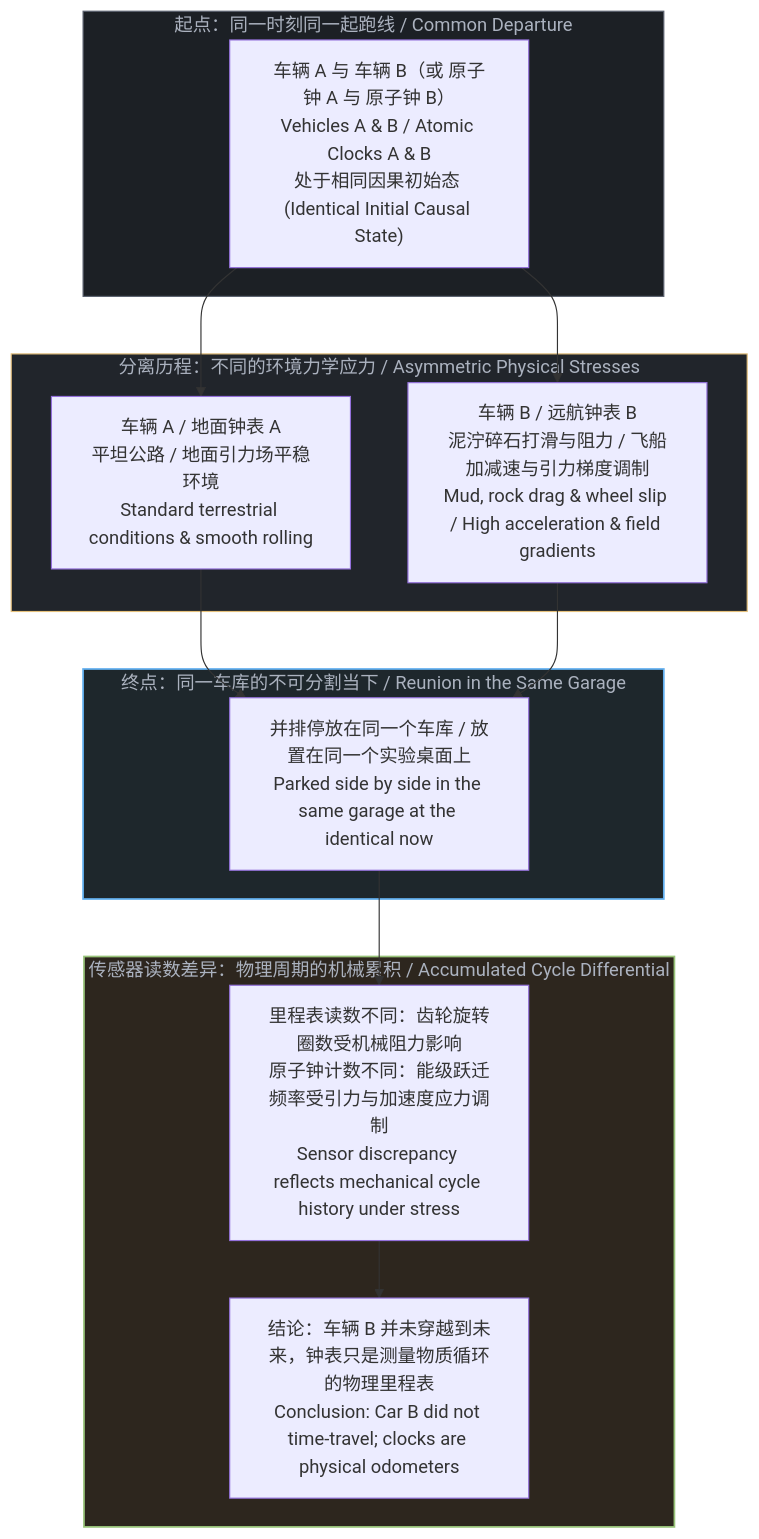
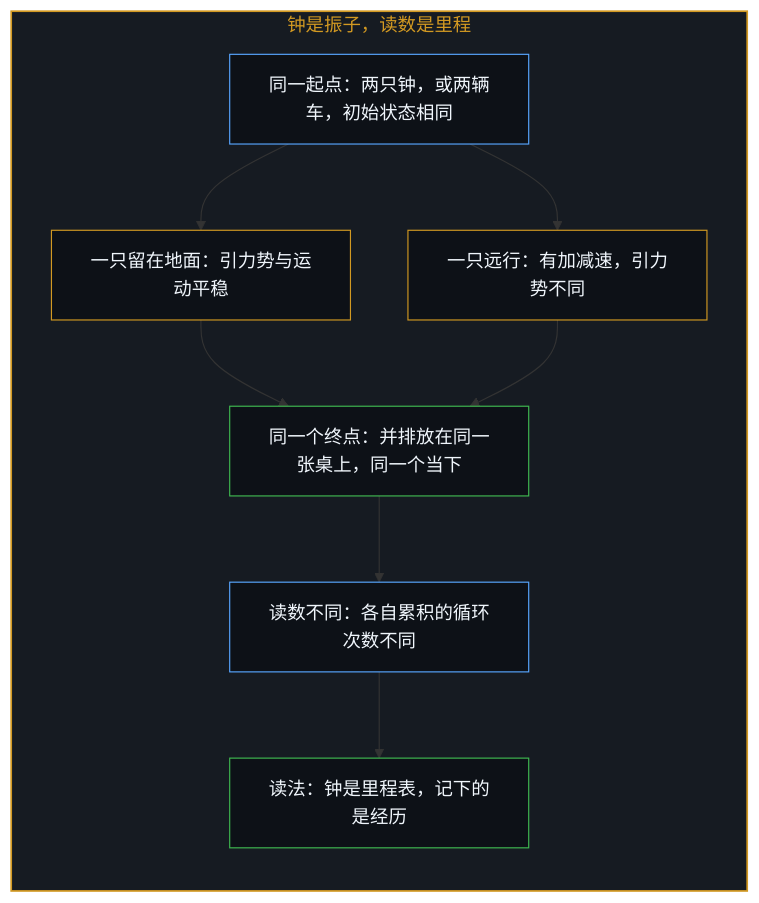
One commit to powerpig99/not-a-toe changed the seventh of 18 diagrams in content/posts/the-twin-paradox-and-the-hidden-observer.md. Above: the diagram before and after it, drawn with Mermaid. The commit also changed other lines of this file and 3 other files, not shown here.

Commit message:
Refine the-twin-paradox-and-the-hidden-observer: alternating bilingual layout, nine paired diagrams, projected time and lived time, implicit first person

````diff
--- a/content/posts/the-twin-paradox-and-the-hidden-observer.md
+++ b/content/posts/the-twin-paradox-and-the-hidden-observer.md
@@ -206,29 +221,26 @@
 ```mermaid
-graph TD
-    subgraph Departure["起点：同一时刻同一起跑线 / Common Departure"]
-        Start["车辆 A 与 车辆 B（或 原子钟 A 与 原子钟 B）<br>Vehicles A & B / Atomic Clocks A & B<br>处于相同因果初始态 (Identical Initial Causal State)"]
+flowchart TD
+    subgraph S_Clock["钟是振子，读数是里程"]
+        direction TB
+        Start["同一起点：两只钟，或两辆车，初始状态相同"]
+        PathGround["一只留在地面：引力势与运动平稳"]
+        PathAway["一只远行：有加减速，引力势不同"]
+        Garage["同一个终点：并排放在同一张桌上，同一个当下"]
+        Diff["读数不同：各自累积的循环次数不同"]
+        Odo["读法：钟是里程表，记下的是经历"]
+        Start --> PathGround
+        Start --> PathAway
+        PathGround --> Garage
+        PathAway --> Garage
+        Garage --> Diff
+        Diff --> Odo
     end
 
-    subgraph Stress["分离历程：不同的环境力学应力 / Asymmetric Physical Stresses"]
-        PathA["车辆 A / 地面钟表 A<br>平坦公路 / 地面引力场平稳环境<br>Standard terrestrial conditions & smooth rolling"]
-        PathB["车辆 B / 远航钟表 B<br>泥泞碎石打滑与阻力 / 飞船加减速与引力梯度调制<br>Mud, rock drag & wheel slip / High acceleration & field gradients"]
-    end
-
-    subgraph Reunion["终点：同一车库的不可分割当下 / Reunion in the Same Garage"]
-        Finish["并排停放在同一个车库 / 放置在同一个实验桌面上<br>Parked side by side in the same garage at the identical now"]
-    end
-
-    subgraph Readings["传感器读数差异：物理周期的机械累积 / Accumulated Cycle Differential"]
-        Diff["里程表读数不同：齿轮旋转圈数受机械阻力影响<br>原子钟计数不同：能级跃迁频率受引力与加速度应力调制<br>Sensor discrepancy reflects mechanical cycle history under stress"]
-        Truth["结论：车辆 B 并未穿越到未来，钟表只是测量物质循环的物理里程表<br>Conclusion: Car B did not time-travel; clocks are physical odometers"]
-    end
-
-    Start --> PathA --> Finish
-    Start --> PathB --> Finish
-    Finish --> Diff --> Truth
-
-    style Departure fill:#1c2025,stroke:#5c6370,color:#abb2bf
-    style Stress fill:#21252b,stroke:#e5c07b,color:#abb2bf
-    style Reunion fill:#1e272c,stroke:#61afef,stroke-width:1.5px,color:#abb2bf
-    style Readings fill:#2d261e,stroke:#98c379,stroke-width:1.5px,color:#abb2bf
+    style S_Clock fill:#161b22,stroke:#d29922,stroke-width:1.5px,color:#d29922
+    style Start fill:#0d1117,stroke:#58a6ff,stroke-width:1px,color:#f0f6fc
+    style PathGround fill:#0d1117,stroke:#d29922,stroke-width:1px,color:#f0f6fc
+    style PathAway fill:#0d1117,stroke:#d29922,stroke-width:1px,color:#f0f6fc
+    style Garage fill:#0d1117,stroke:#3fb950,stroke-width:1px,color:#f0f6fc
+    style Diff fill:#0d1117,stroke:#58a6ff,stroke-width:1px,color:#f0f6fc
+    style Odo fill:#0d1117,stroke:#3fb950,stroke-width:1px,color:#f0f6fc
 ```
````
